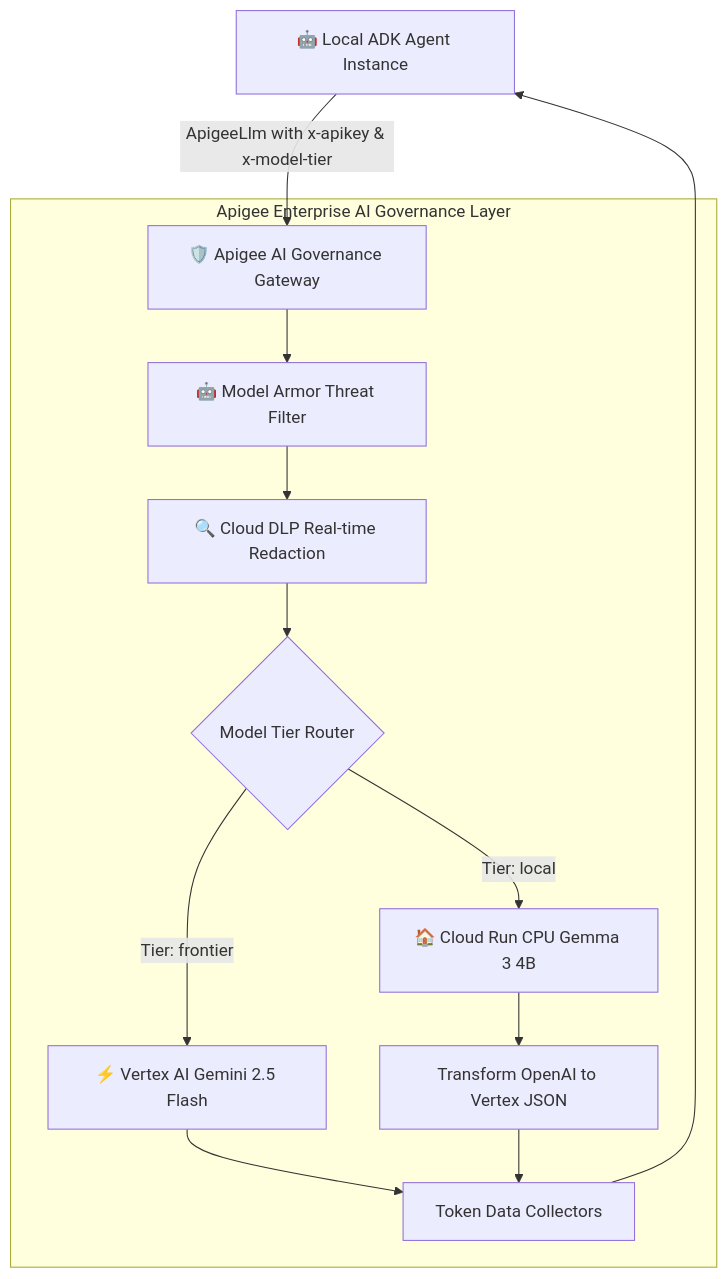
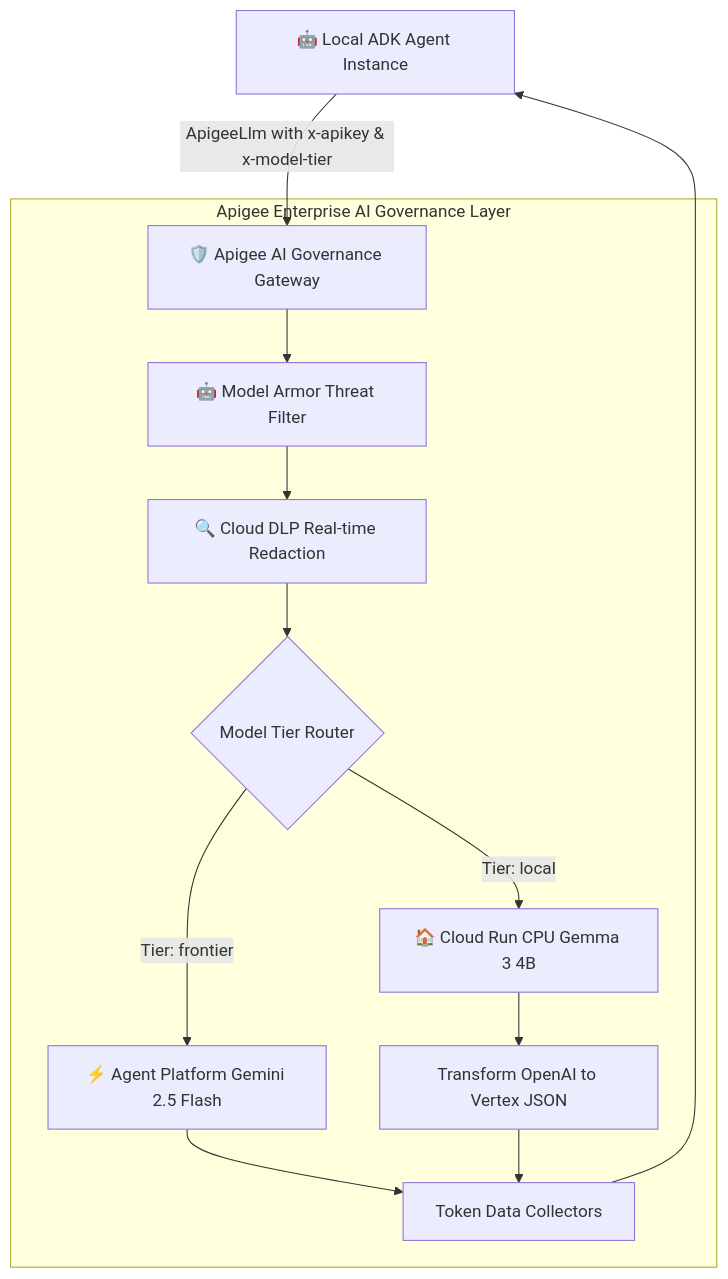
The diagram in adk-cymbal-retail-agent/python/agents/cymbal-retail-agent-apigeellm/README.md (GoogleCloudPlatform/apigee-samples), drawn with Mermaid before and after one commit. The commit also changed other lines of this file and 13 other files, not shown here.

Commit message:
docs(workshop): rebrand to Gemini Enterprise Agent Platform and align ADK v2 agent code

````diff
--- a/adk-cymbal-retail-agent/python/agents/cymbal-retail-agent-apigeellm/README.md
+++ b/adk-cymbal-retail-agent/python/agents/cymbal-retail-agent-apigeellm/README.md
@@ -17,17 +17,17 @@
 ```mermaid
 flowchart TD
     ADKAgent[🤖 Local ADK Agent Instance] -->|ApigeeLlm with x-apikey & x-model-tier| ApigeeGov[🛡️ Apigee AI Governance Gateway]
     
     subgraph ApigeeGovernance["Apigee Enterprise AI Governance Layer"]
         ApigeeGov --> MA[🤖 Model Armor Threat Filter]
         MA --> DLP[🔍 Cloud DLP Real-time Redaction]
         DLP --> Router{Model Tier Router}
         Router -->|Tier: local| Gemma[🏠 Cloud Run CPU Gemma 3 4B]
-        Router -->|Tier: frontier| Gemini[⚡ Vertex AI Gemini 2.5 Flash]
+        Router -->|Tier: frontier| Gemini[⚡ Agent Platform Gemini 2.5 Flash]
         Gemma --> Normalizer[Transform OpenAI to Vertex JSON]
         Gemini --> Analytics[Token Data Collectors]
         Normalizer --> Analytics
     end
     
     Analytics --> ADKAgent
 ```
````
